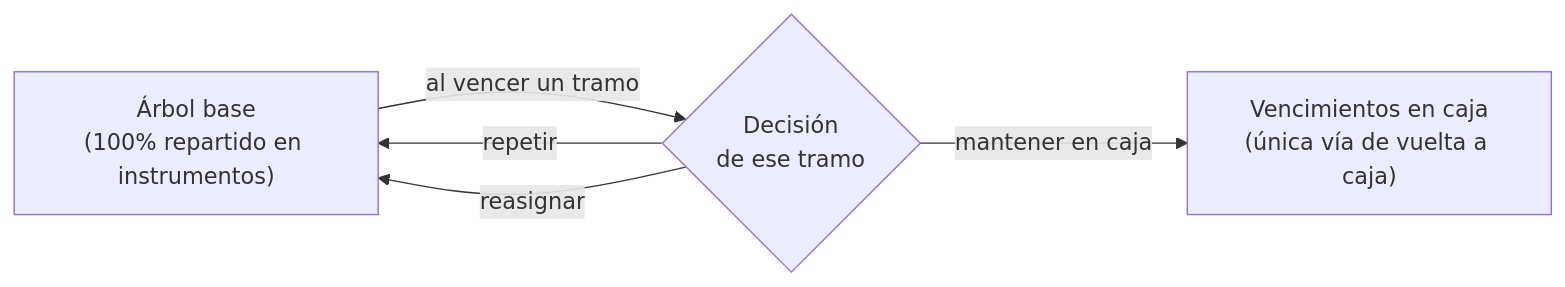
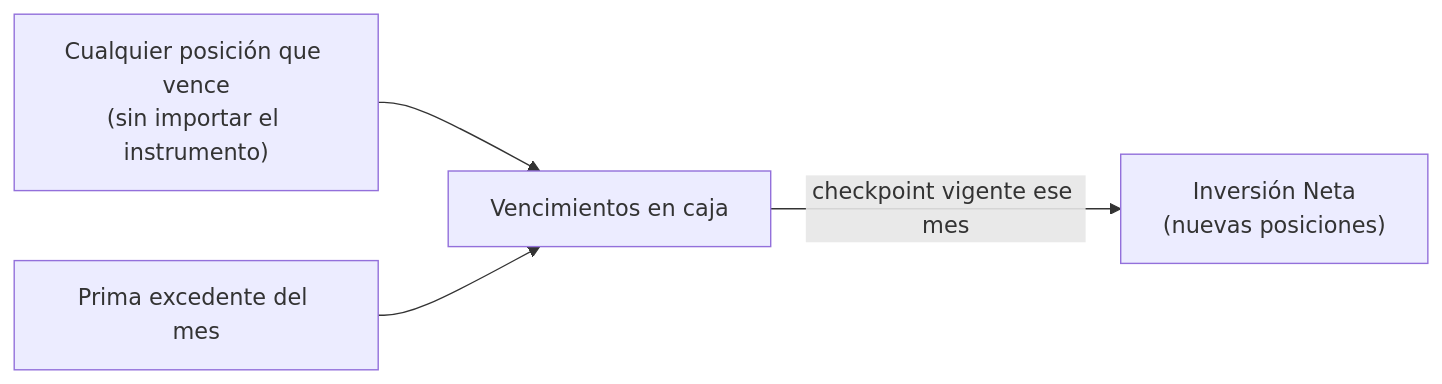
One commit to SaraGallego22/simulador-financiero-y-actuarial changed the third of 5 diagrams in README.md. Above: the diagram before and after it, drawn with Mermaid. The commit also changed other lines of this file and 27 other files, not shown here.

````diff
--- a/README.md
+++ b/README.md
@@ -437,7 +438,6 @@
 ```mermaid
 flowchart LR
-    Base["Árbol base\n(100% repartido en instrumentos)"] -->|"al vencer un tramo"| D{"Decisión\nde ese tramo"}
-    D -->|"mantener en caja"| Caja["Vencimientos en caja\n(única vía de vuelta a caja)"]
-    D -->|"repetir"| Base
-    D -->|"reasignar"| Base
+    Venc["Cualquier posición que vence\n(sin importar el instrumento)"] --> Caja["Vencimientos en caja"]
+    Prima["Prima excedente del mes"] --> Caja
+    Caja -->|"checkpoint vigente ese mes"| Inv["Inversión Neta\n(nuevas posiciones)"]
 ```
````
